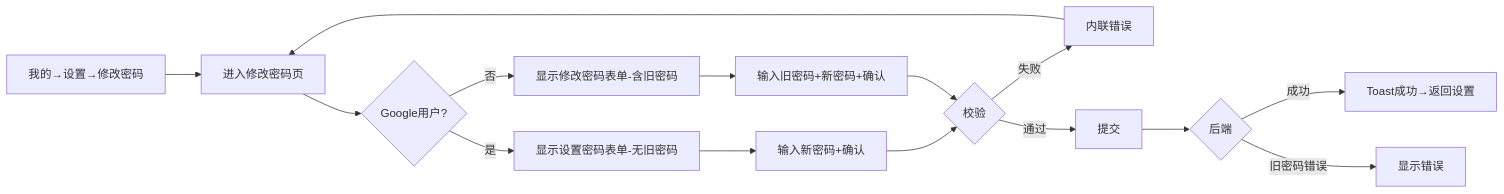
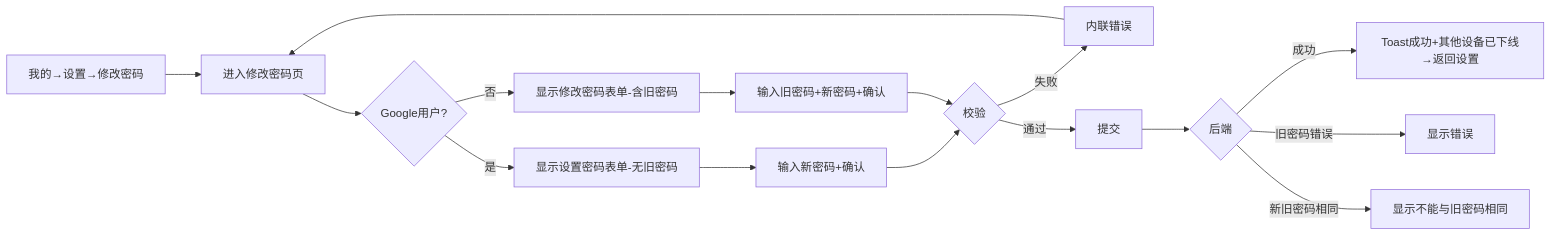
One commit to foryou2026/chinese changed the sixth of 6 diagrams in docs/C02-ia-interaction/app/auth/account-entry/02-flows.md. Above: the diagram before and after it, drawn with Mermaid. The commit also changed other lines of this file and 27 other files, not shown here.

````diff
--- a/docs/C02-ia-interaction/app/auth/account-entry/02-flows.md
+++ b/docs/C02-ia-interaction/app/auth/account-entry/02-flows.md
@@ -93,17 +104,18 @@
 ```mermaid
 flowchart LR
   A6[我的→设置→修改密码] --> B6[进入修改密码页]
   B6 --> C6{Google用户?}
   C6 -->|是| D6[显示设置密码表单-无旧密码]
   C6 -->|否| E6[显示修改密码表单-含旧密码]
   D6 --> F6[输入新密码+确认]
   E6 --> G6[输入旧密码+新密码+确认]
   F6 --> H6{校验}
   G6 --> H6
   H6 -->|失败| I6[内联错误]
   I6 --> B6
   H6 -->|通过| J6[提交]
   J6 --> K6{后端}
-  K6 -->|成功| L6[Toast成功→返回设置]
+  K6 -->|成功| L6[Toast成功+其他设备已下线→返回设置]
   K6 -->|旧密码错误| M6[显示错误]
+  K6 -->|新旧密码相同| N6[显示不能与旧密码相同]
 ```
````
